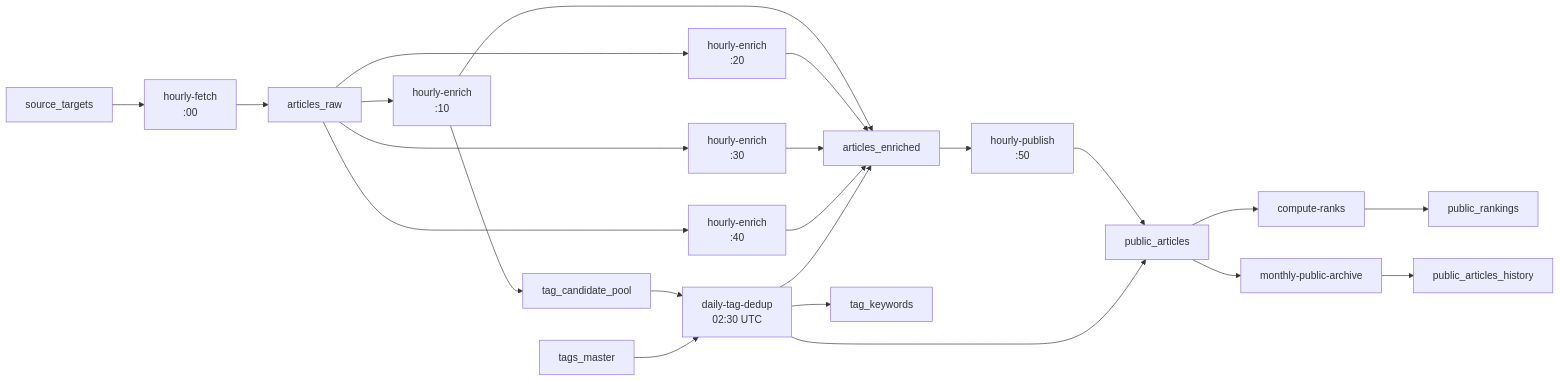
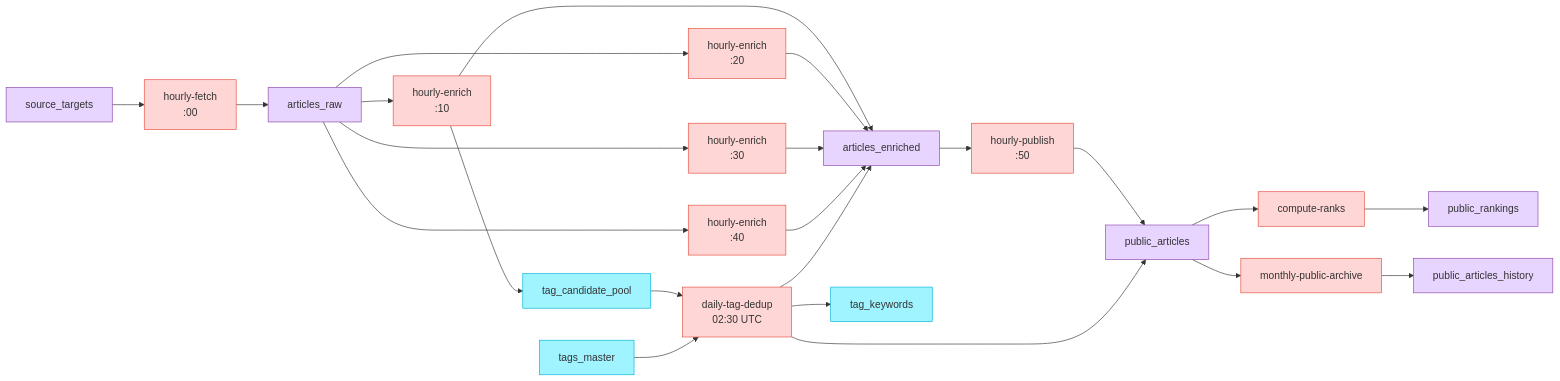
One commit to rohto4/ai-hub changed the diagram in docs/imp/data-flow.md. Above: the diagram before and after it, drawn with Mermaid. The commit also changed 1 other file, not shown here.

Commit message:
docs: Mermaid 図に凡例に合わせた着色を追加
screen-flow: 画面(橙) / API(緑) / 管理(赤) / DB(紫) で色分け
data-flow: バッチ(赤) / DB(紫) / タグ系(水色) で色分け

````diff
--- a/docs/imp/data-flow.md
+++ b/docs/imp/data-flow.md
@@ -20,37 +20,41 @@
 ```mermaid
 flowchart LR
-    ST[source_targets]
-    L1[articles_raw]
-    L2[articles_enriched]
-    L4[public_articles]
-    L4H[public_articles_history]
-    R[public_rankings]
-    TCP[tag_candidate_pool]
-    TM[tags_master]
-    TK[tag_keywords]
+    classDef batch fill:#ffd6d6,stroke:#e74c3c,color:#333
+    classDef db    fill:#e8d5ff,stroke:#8e44ad,color:#333
+    classDef tag   fill:#a0f4ff,stroke:#00b4d8,color:#333
 
-    Fetch[hourly-fetch<br/>:00]
-    Enrich10[hourly-enrich<br/>:10]
-    Enrich20[hourly-enrich<br/>:20]
-    Enrich30[hourly-enrich<br/>:30]
-    Enrich40[hourly-enrich<br/>:40]
-    Publish[hourly-publish<br/>:50]
-    Rank[compute-ranks]
-    Archive[monthly-public-archive]
-    Dedup[daily-tag-dedup<br/>02:30 UTC]
+    ST[source_targets]:::db
+    L1[articles_raw]:::db
+    L2[articles_enriched]:::db
+    L4[public_articles]:::db
+    L4H[public_articles_history]:::db
+    R[public_rankings]:::db
+    TCP[tag_candidate_pool]:::tag
+    TM[tags_master]:::tag
+    TK[tag_keywords]:::tag
+
+    Fetch[hourly-fetch<br/>:00]:::batch
+    Enrich10[hourly-enrich<br/>:10]:::batch
+    Enrich20[hourly-enrich<br/>:20]:::batch
+    Enrich30[hourly-enrich<br/>:30]:::batch
+    Enrich40[hourly-enrich<br/>:40]:::batch
+    Publish[hourly-publish<br/>:50]:::batch
+    Rank[compute-ranks]:::batch
+    Archive[monthly-public-archive]:::batch
+    Dedup[daily-tag-dedup<br/>02:30 UTC]:::batch
 
     ST --> Fetch
     Fetch --> L1
     L1 --> Enrich10 & Enrich20 & Enrich30 & Enrich40
     Enrich10 & Enrich20 & Enrich30 & Enrich40 --> L2
     Enrich10 --> TCP
     L2 --> Publish
     Publish --> L4
     L4 --> Rank --> R
     L4 --> Archive --> L4H
     TCP --> Dedup
     TM --> Dedup
     Dedup --> TK
     Dedup --> L2
     Dedup --> L4
 ```
````
